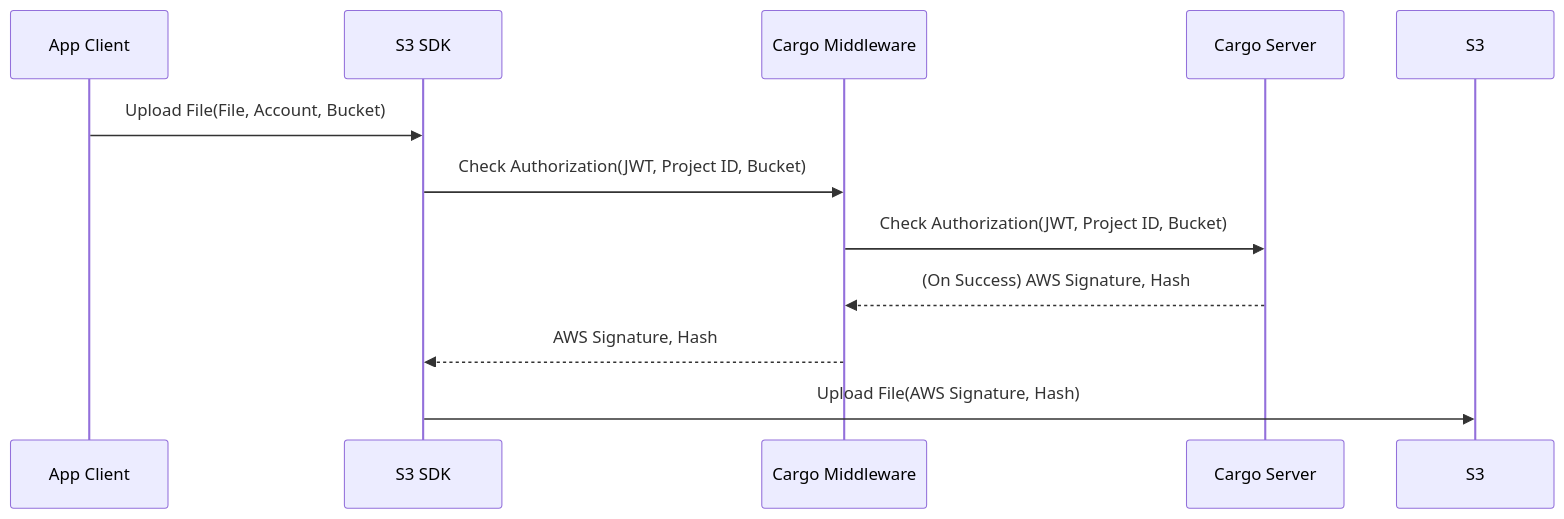
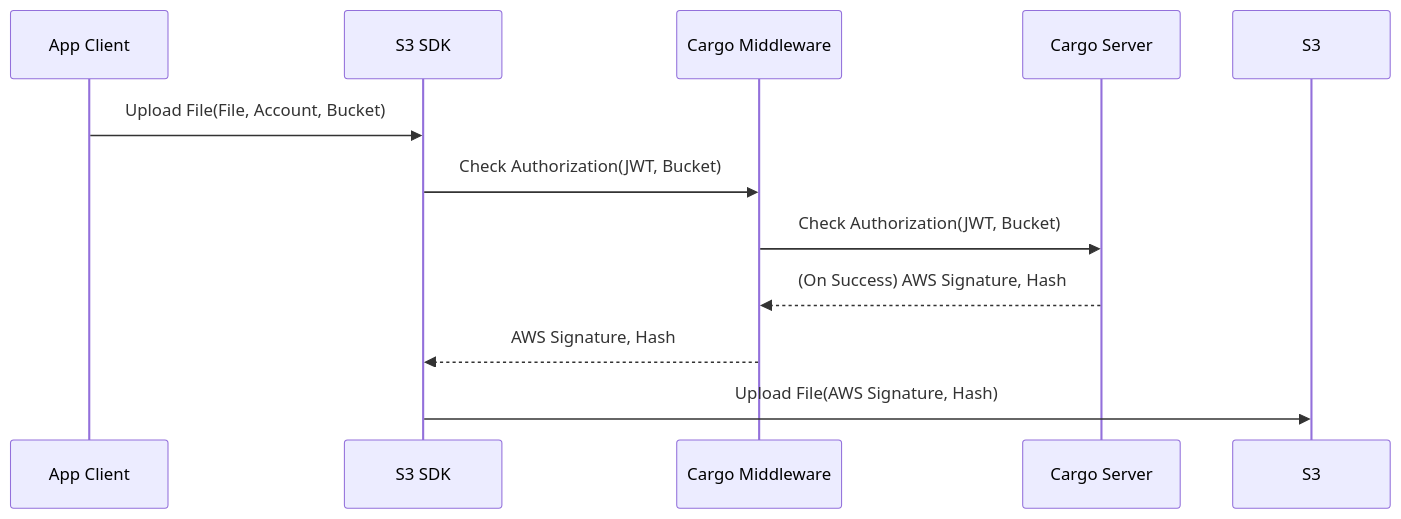
Before and after one commit to hicsail/object-storage-service: the second of 3 diagrams in README.md, drawn with Mermaid. The commit also changed other lines of this file, not shown here.

````diff
--- a/README.md
+++ b/README.md
@@ -44,9 +39,9 @@
 ```mermaid
 sequenceDiagram
 App Client ->> S3 SDK: Upload File(File, Account, Bucket)
-S3 SDK ->> Cargo Middleware: Check Authorization(JWT, Project ID, Bucket)
-Cargo Middleware ->> Cargo Server: Check Authorization(JWT, Project ID, Bucket)
+S3 SDK ->> Cargo Middleware: Check Authorization(JWT, Bucket)
+Cargo Middleware ->> Cargo Server: Check Authorization(JWT, Bucket)
 Cargo Server -->> Cargo Middleware: (On Success) AWS Signature, Hash
 Cargo Middleware -->> S3 SDK: AWS Signature, Hash
 S3 SDK ->> S3: Upload File(AWS Signature, Hash)
 ```
````
